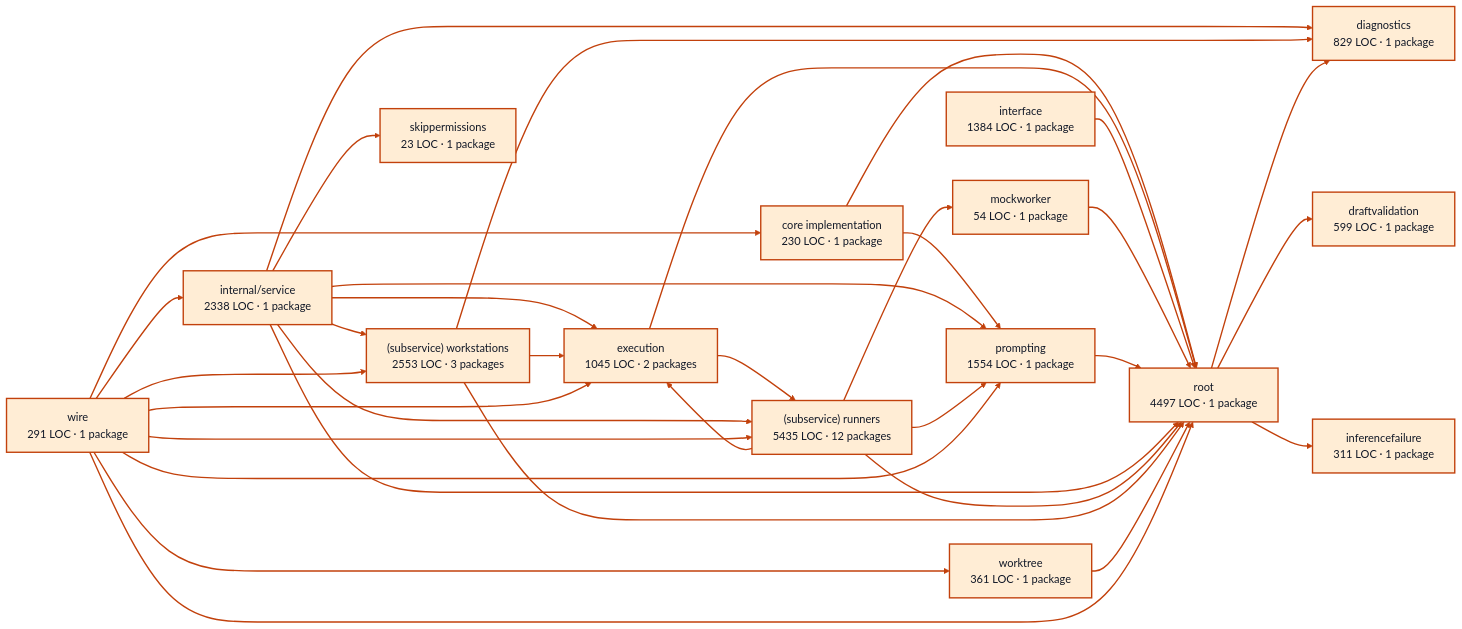
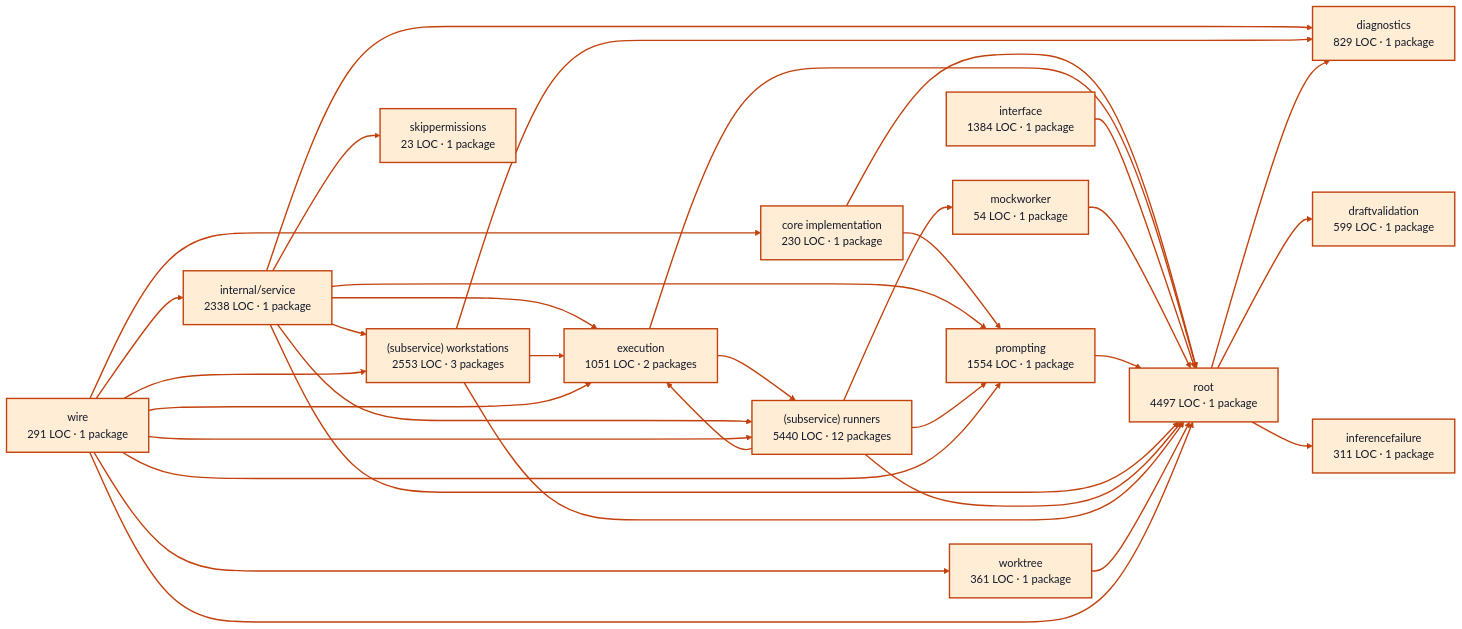
The diagram in docs/architecture/visualizations/services/workers.md (portpowered/you-agent-factory), drawn with Mermaid (forest theme) before and after one commit. The commit also changed other lines of this file and 20 other files, not shown here.

Commit message:
docs: refresh backend architecture visualizations

````diff
--- a/docs/architecture/visualizations/services/workers.md
+++ b/docs/architecture/visualizations/services/workers.md
@@ -11,67 +11,67 @@
 ```mermaid
 flowchart LR
   p0["core implementation<br/>230 LOC · 1 package"]
   p1["diagnostics<br/>829 LOC · 1 package"]
   p2["draftvalidation<br/>599 LOC · 1 package"]
-  p3["execution<br/>1045 LOC · 2 packages"]
+  p3["execution<br/>1051 LOC · 2 packages"]
   p4["inferencefailure<br/>311 LOC · 1 package"]
   p5["interface<br/>1384 LOC · 1 package"]
   p6["mockworker<br/>54 LOC · 1 package"]
   p7["prompting<br/>1554 LOC · 1 package"]
   p8["internal/service<br/>2338 LOC · 1 package"]
-  p9["(subservice) runners<br/>5435 LOC · 12 packages"]
+  p9["(subservice) runners<br/>5440 LOC · 12 packages"]
   p10["(subservice) workstations<br/>2553 LOC · 3 packages"]
   p11["skippermissions<br/>23 LOC · 1 package"]
   p12["worktree<br/>361 LOC · 1 package"]
   p13["root<br/>4497 LOC · 1 package"]
   p14["wire<br/>291 LOC · 1 package"]
   p0 --> p7
   p0 --> p13
   p3 --> p9
   p3 --> p13
   p5 --> p13
   p6 --> p13
   p7 --> p13
   p8 --> p1
   p8 --> p3
   p8 --> p7
   p8 --> p9
   p8 --> p10
   p8 --> p11
   p8 --> p13
   p9 --> p3
   p9 --> p6
   p9 --> p7
   p9 --> p13
   p10 --> p1
   p10 --> p3
   p10 --> p13
   p12 --> p13
   p13 --> p1
   p13 --> p2
   p13 --> p4
   p14 --> p0
   p14 --> p3
   p14 --> p7
   p14 --> p8
   p14 --> p9
   p14 --> p10
   p14 --> p12
   p14 --> p13
   style p0 fill:#ffedd5,stroke:#c2410c,stroke-width:2px,color:#111827
   style p1 fill:#ffedd5,stroke:#c2410c,stroke-width:2px,color:#111827
   style p2 fill:#ffedd5,stroke:#c2410c,stroke-width:2px,color:#111827
   style p3 fill:#ffedd5,stroke:#c2410c,stroke-width:2px,color:#111827
   style p4 fill:#ffedd5,stroke:#c2410c,stroke-width:2px,color:#111827
   style p5 fill:#ffedd5,stroke:#c2410c,stroke-width:2px,color:#111827
   style p6 fill:#ffedd5,stroke:#c2410c,stroke-width:2px,color:#111827
   style p7 fill:#ffedd5,stroke:#c2410c,stroke-width:2px,color:#111827
   style p8 fill:#ffedd5,stroke:#c2410c,stroke-width:2px,color:#111827
   style p9 fill:#ffedd5,stroke:#c2410c,stroke-width:2px,color:#111827
   style p10 fill:#ffedd5,stroke:#c2410c,stroke-width:2px,color:#111827
   style p11 fill:#ffedd5,stroke:#c2410c,stroke-width:2px,color:#111827
   style p12 fill:#ffedd5,stroke:#c2410c,stroke-width:2px,color:#111827
   style p13 fill:#ffedd5,stroke:#c2410c,stroke-width:2px,color:#111827
   style p14 fill:#ffedd5,stroke:#c2410c,stroke-width:2px,color:#111827
   linkStyle default stroke:#c2410c,stroke-width:2px
 ```
````
